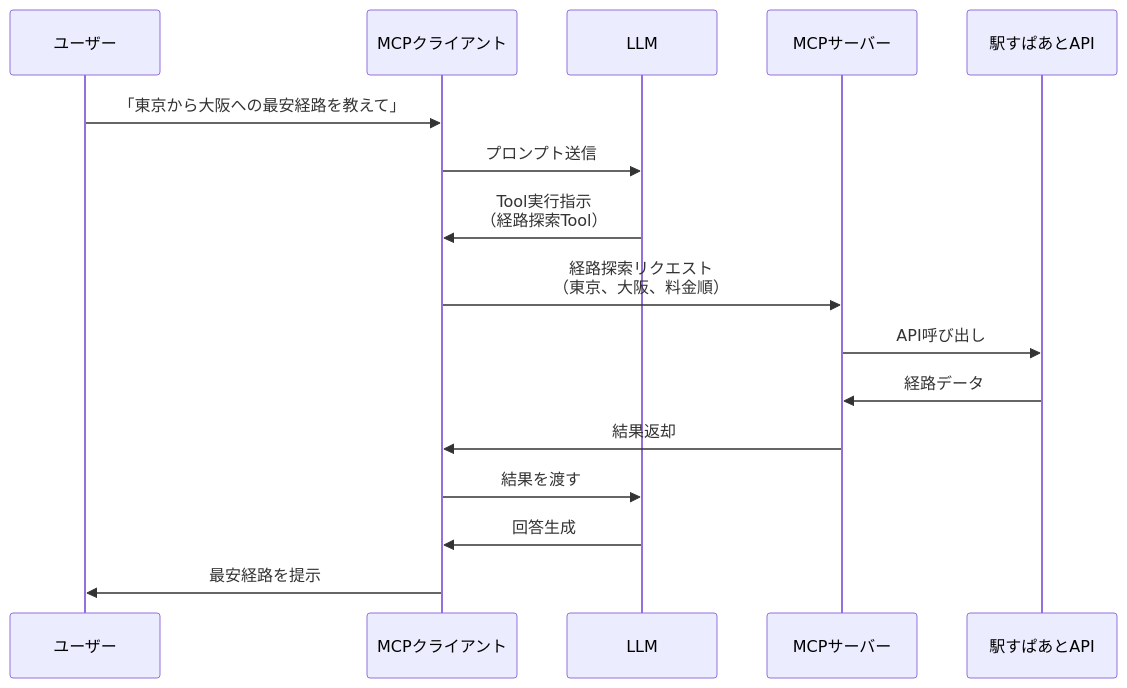
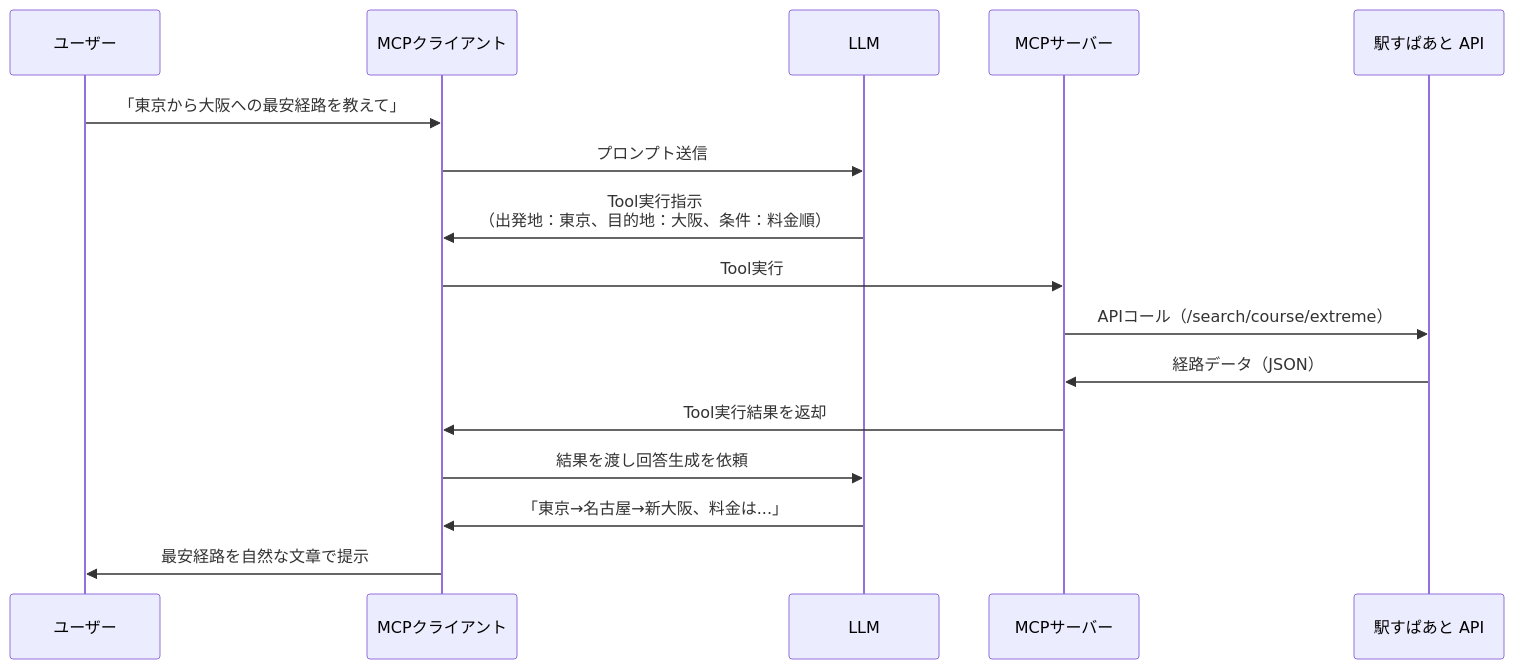
The fourth of 5 diagrams in handson/02_mcp_overview.md (ValLaboratory/ekispert-api-mcp-server-handson), drawn with Mermaid before and after one commit. The commit also changed other lines of this file and 5 other files, not shown here.

````diff
--- a/handson/02_mcp_overview.md
+++ b/handson/02_mcp_overview.md
@@ -134,19 +190,19 @@
 ```mermaid
 sequenceDiagram
     participant User as ユーザー
     participant Client as MCPクライアント
     participant LLM as LLM
     participant Server as MCPサーバー
-    participant API as 駅すぱあとAPI
+    participant API as 駅すぱあと API
 
     User->>Client: 「東京から大阪への最安経路を教えて」
     Client->>LLM: プロンプト送信
-    LLM->>Client: Tool実行指示<br/>（経路探索Tool）
-    Client->>Server: 経路探索リクエスト<br/>（東京、大阪、料金順）
-    Server->>API: API呼び出し
-    API->>Server: 経路データ
-    Server->>Client: 結果返却
-    Client->>LLM: 結果を渡す
-    LLM->>Client: 回答生成
-    Client->>User: 最安経路を提示
+    LLM->>Client: Tool実行指示<br/>（出発地：東京、目的地：大阪、条件：料金順）
+    Client->>Server: Tool実行
+    Server->>API: APIコール（/search/course/extreme）
+    API->>Server: 経路データ（JSON）
+    Server->>Client: Tool実行結果を返却
+    Client->>LLM: 結果を渡し回答生成を依頼
+    LLM->>Client: 「東京→名古屋→新大阪、料金は...」
+    Client->>User: 最安経路を自然な文章で提示
 ```
````
